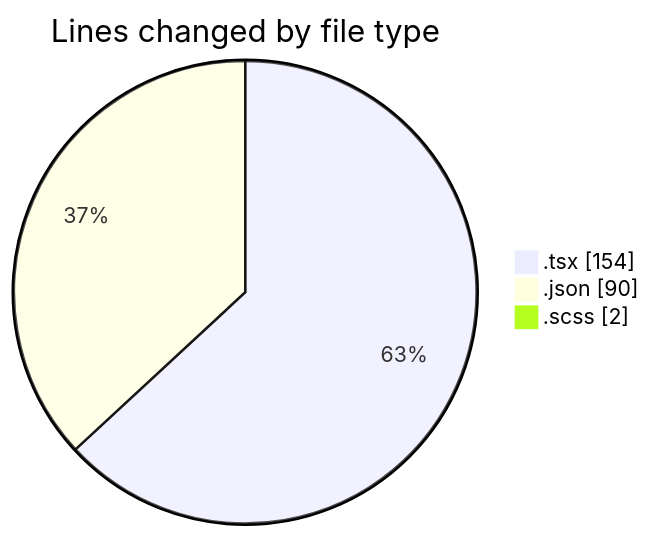
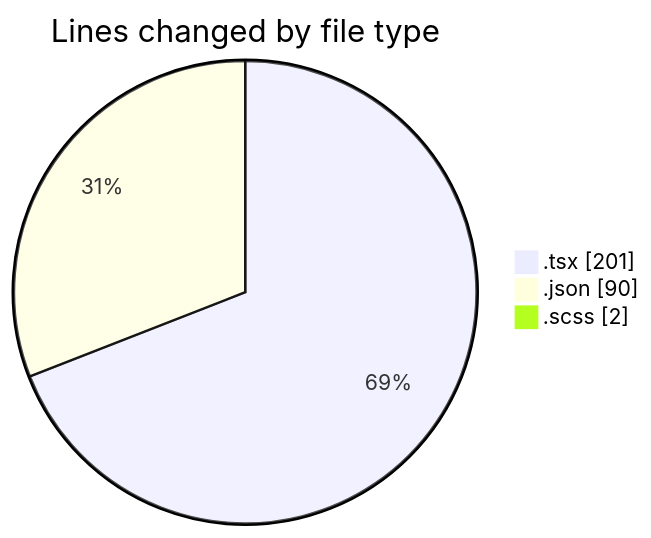
One commit to momahboobian/code-tracking changed the first of 2 diagrams in 2026-05-13/cda/README.md. Above: the diagram before and after it, drawn with Mermaid. The commit also changed other lines of this file and 1 other file, not shown here.

````diff
--- a/2026-05-13/cda/README.md
+++ b/2026-05-13/cda/README.md
@@ -24,7 +24,7 @@
 ```mermaid
 pie showData
 title Lines changed by file type
-".tsx" : 154
+".tsx" : 201
 ".json" : 90
 ".scss" : 2
 ```
````
